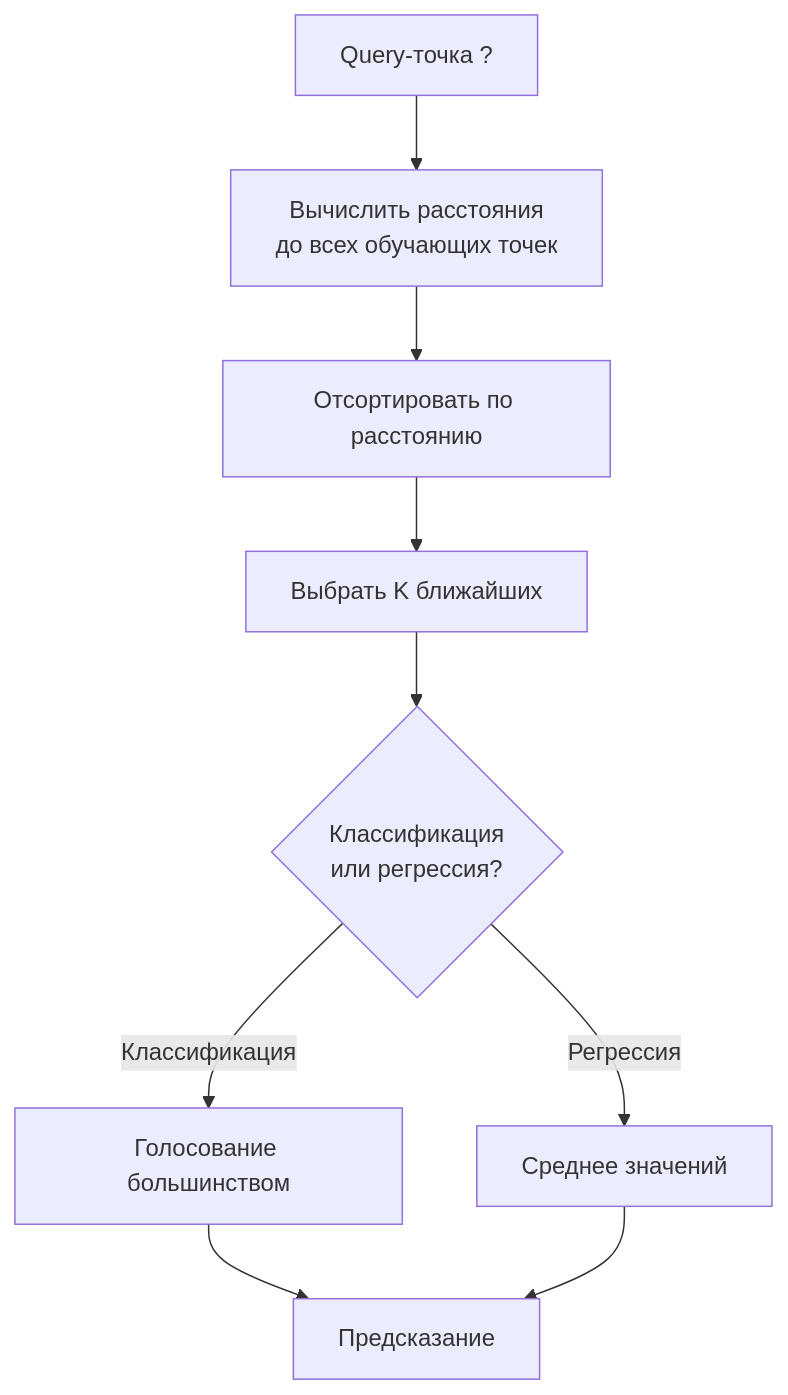
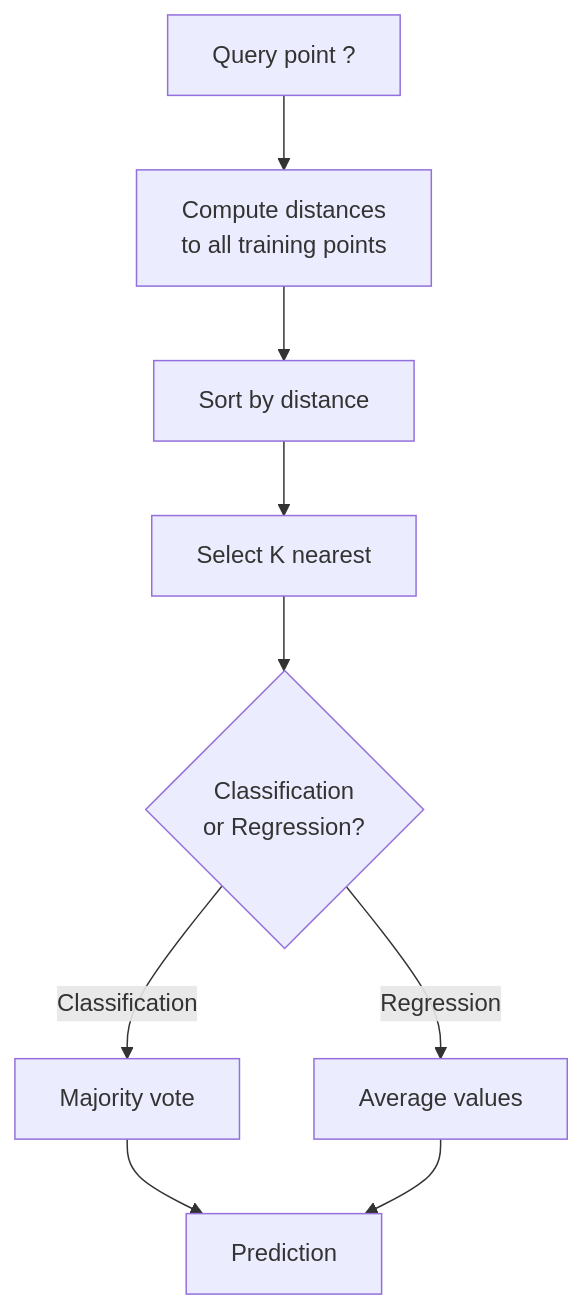
One commit to stabuev/ai-engineering-from-scratch changed the first of 3 diagrams in phases/02-ml-fundamentals/06-knn-and-distances/docs/ru.md. Above: the diagram before and after it, drawn with Mermaid. The commit also changed other lines of this file and 182 other files, not shown here.

````diff
--- a/phases/02-ml-fundamentals/06-knn-and-distances/docs/ru.md
+++ b/phases/02-ml-fundamentals/06-knn-and-distances/docs/ru.md
@@ -39,11 +39,11 @@
 ```mermaid
 graph TD
-    Q["Query-точка ?"] --> D["Вычислить расстояния<br>до всех обучающих точек"]
-    D --> S["Отсортировать по расстоянию"]
-    S --> K["Выбрать K ближайших"]
-    K --> C{"Классификация<br>или регрессия?"}
-    C -->|Классификация| V["Голосование большинством"]
-    C -->|Регрессия| A["Среднее значений"]
-    V --> P["Предсказание"]
+    Q["Query point ?"] --> D["Compute distances<br>to all training points"]
+    D --> S["Sort by distance"]
+    S --> K["Select K nearest"]
+    K --> C{"Classification<br>or Regression?"}
+    C -->|Classification| V["Majority vote"]
+    C -->|Regression| A["Average values"]
+    V --> P["Prediction"]
     A --> P
 ```
````
